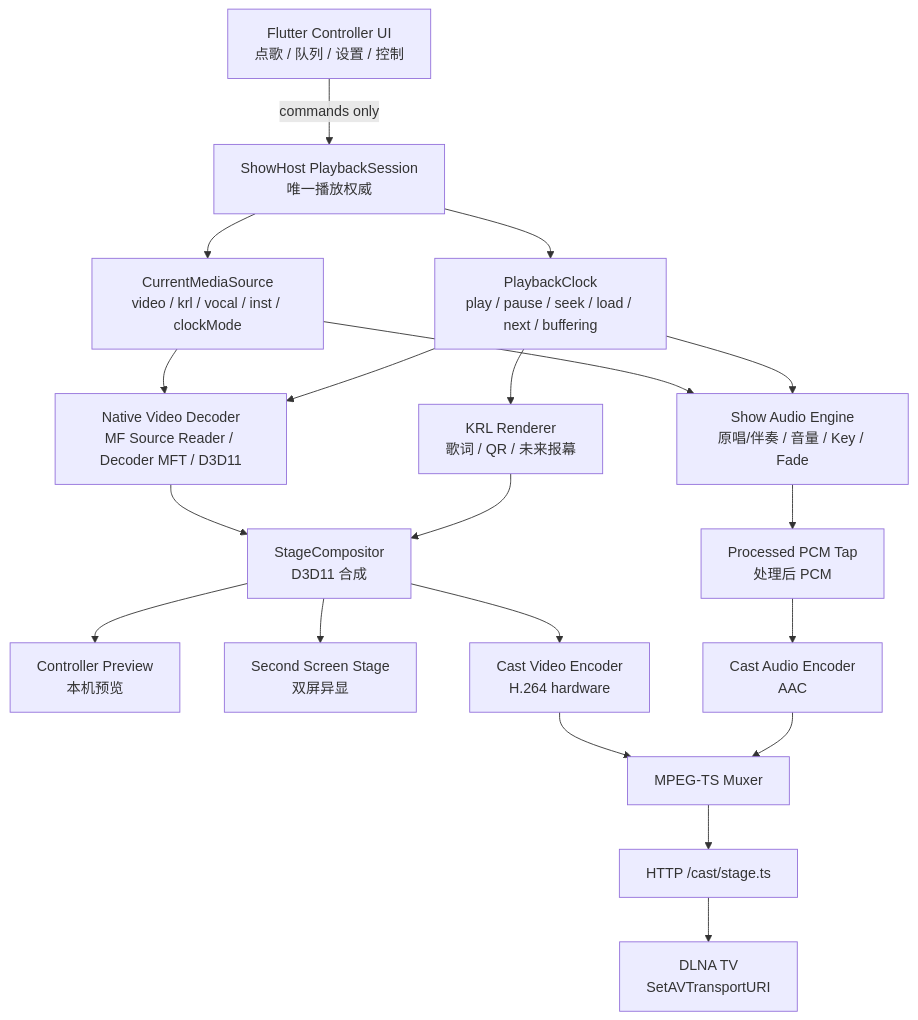
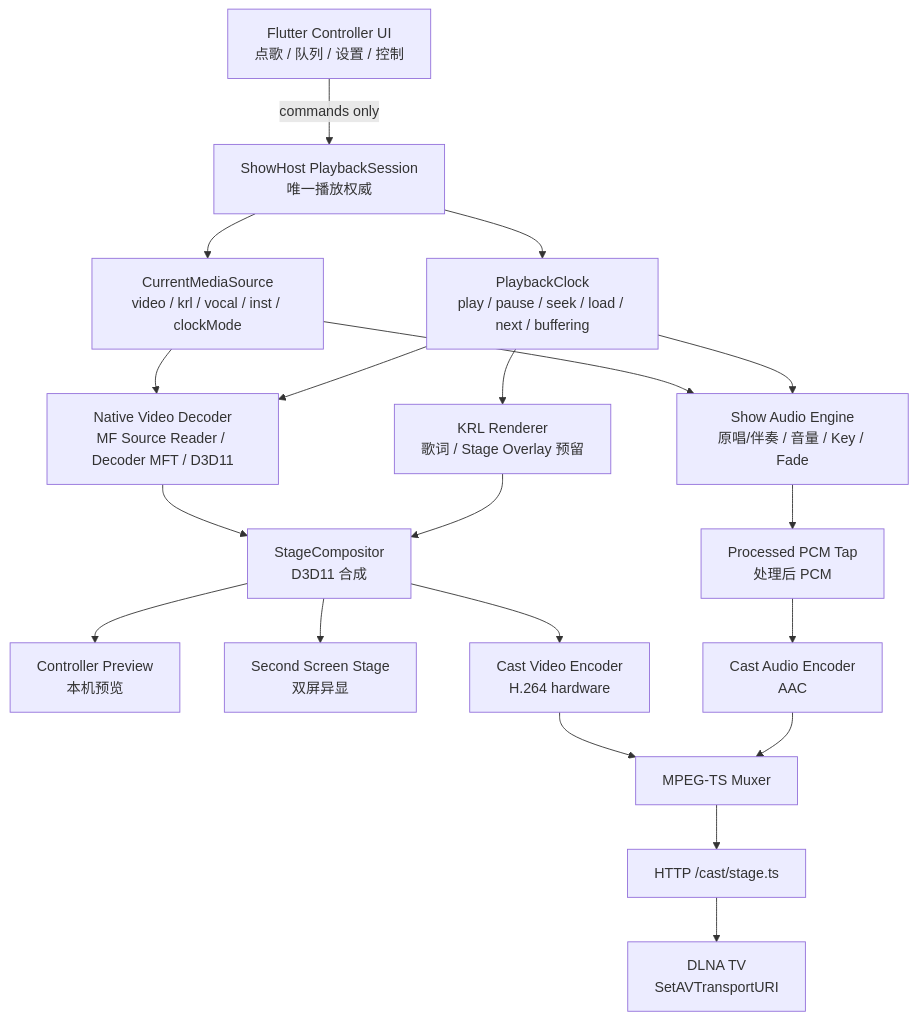
Before and after one commit to FMPeach/Kirakara-Archive: the first of 2 diagrams in docs/cast-stage-stream.md, drawn with Mermaid. The commit also changed other lines of this file, not shown here.

Commit message:
docs: defer qr overlay design

````diff
--- a/docs/cast-stage-stream.md
+++ b/docs/cast-stage-stream.md
@@ -14,28 +14,28 @@
 ```mermaid
 flowchart TD
     Flutter["Flutter Controller UI\n点歌 / 队列 / 设置 / 控制"] -->|commands only| Session["ShowHost PlaybackSession\n唯一播放权威"]
 
     Session --> Clock["PlaybackClock\nplay / pause / seek / load / next / buffering"]
     Session --> Source["CurrentMediaSource\nvideo / krl / vocal / inst / clockMode"]
 
     Source --> VideoDecoder["Native Video Decoder\nMF Source Reader / Decoder MFT / D3D11"]
     Source --> AudioEngine["Show Audio Engine\n原唱/伴奏 / 音量 / Key / Fade"]
 
     Clock --> VideoDecoder
     Clock --> AudioEngine
-    Clock --> Lyrics["KRL Renderer\n歌词 / QR / 未来报幕"]
+    Clock --> Lyrics["KRL Renderer\n歌词 / Stage Overlay 预留"]
 
     VideoDecoder --> Compositor["StageCompositor\nD3D11 合成"]
     Lyrics --> Compositor
     AudioEngine --> AudioTap["Processed PCM Tap\n处理后 PCM"]
 
     Compositor --> Preview["Controller Preview\n本机预览"]
     Compositor --> StageWindow["Second Screen Stage\n双屏异显"]
     Compositor --> CastVideo["Cast Video Encoder\nH.264 hardware"]
     AudioTap --> CastAudio["Cast Audio Encoder\nAAC"]
 
     CastVideo --> Mux["MPEG-TS Muxer"]
     CastAudio --> Mux
     Mux --> Http["HTTP /cast/stage.ts"]
     Http --> DLNA["DLNA TV\nSetAVTransportURI"]
 ```
````
